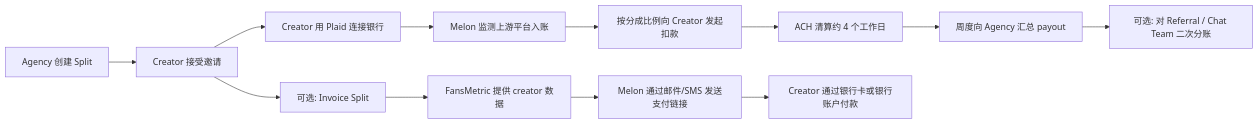
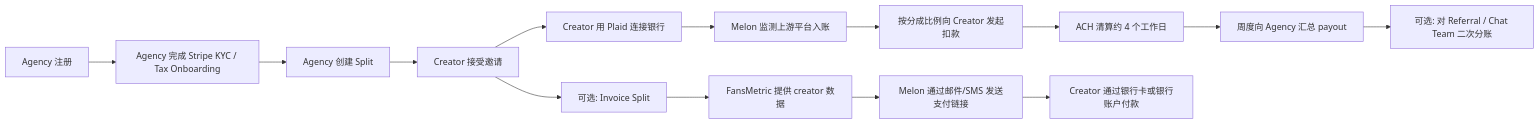
One commit to ryan-alexander-zhang/ryan-copilot changed the first of 4 diagrams in reports/melon/01-product-understanding.md. Above: the diagram before and after it, drawn with Mermaid. The commit also changed other lines of this file and 3 other files, not shown here.

````diff
--- a/reports/melon/01-product-understanding.md
+++ b/reports/melon/01-product-understanding.md
@@ -169,14 +191,16 @@
 ```mermaid
 flowchart LR
-  A[Agency 创建 Split] --> B[Creator 接受邀请]
-  B --> C[Creator 用 Plaid 连接银行]
-  C --> D[Melon 监测上游平台入账]
-  D --> E[按分成比例向 Creator 发起扣款]
-  E --> F[ACH 清算约 4 个工作日]
-  F --> G[周度向 Agency 汇总 payout]
-  G --> H[可选: 对 Referral / Chat Team 二次分账]
-  B --> I[可选: Invoice Split]
-  I --> J[FansMetric 提供 creator 数据]
-  J --> K[Melon 通过邮件/SMS 发送支付链接]
-  K --> L[Creator 通过银行卡或银行账户付款]
+  A[Agency 注册] --> B[Agency 完成 Stripe KYC / Tax Onboarding]
+  B --> C[Agency 创建 Split]
+  C --> D[Creator 接受邀请]
+  D --> E[Creator 用 Plaid 连接银行]
+  E --> F[Melon 监测上游平台入账]
+  F --> G[按分成比例向 Creator 发起扣款]
+  G --> H[ACH 清算约 4 个工作日]
+  H --> I[周度向 Agency 汇总 payout]
+  I --> J[可选: 对 Referral / Chat Team 二次分账]
+  D --> K[可选: Invoice Split]
+  K --> L[FansMetric 提供 creator 数据]
+  L --> M[Melon 通过邮件/SMS 发送支付链接]
+  M --> N[Creator 通过银行卡或银行账户付款]
 ```
````
